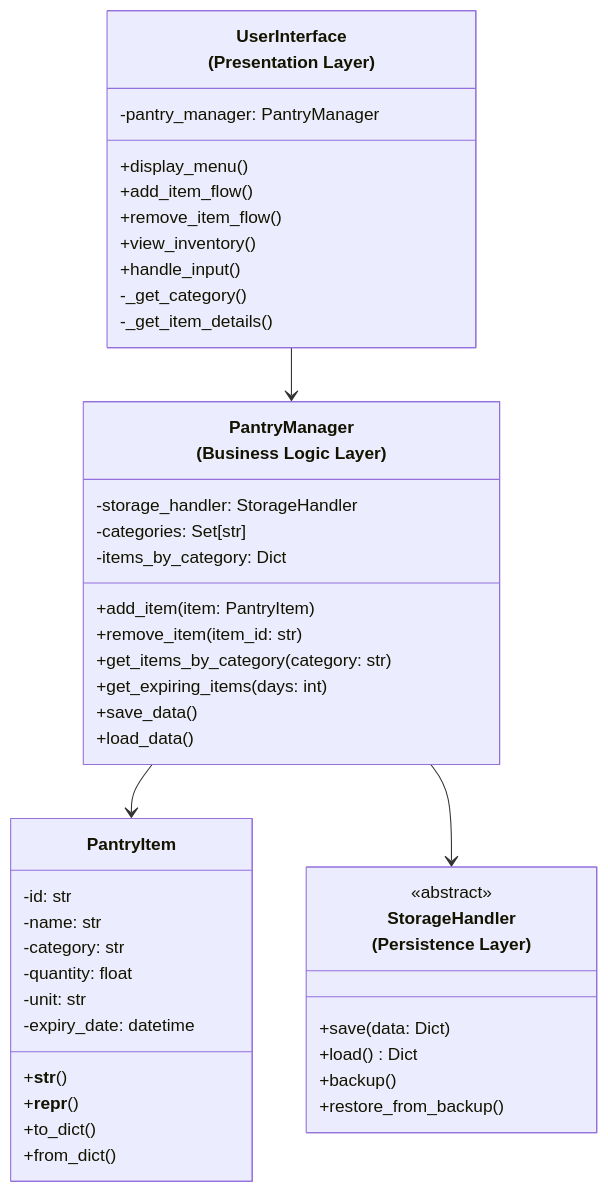
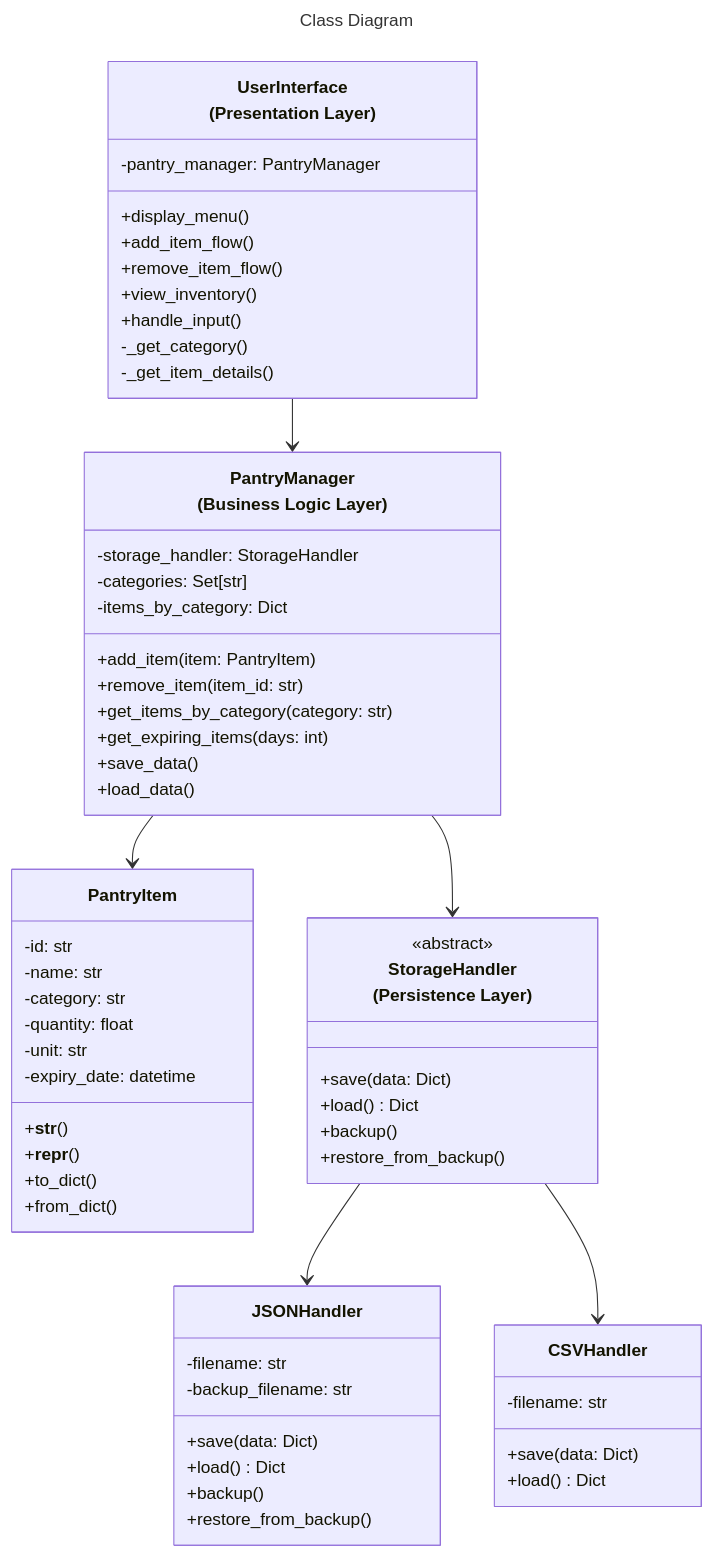
One commit to ostafford/cwd_playground changed the diagram in cwd_3c/class_Diagram.md. Above: the diagram before and after it, drawn with Mermaid. The commit also changed other lines of this file, not shown here.

Commit message:
Updated formatting on class_diagram file Readability

````diff
--- a/cwd_3c/class_Diagram.md
+++ b/cwd_3c/class_Diagram.md
@@ -1,56 +3,75 @@
 ```mermaid
+---
+title: Class Diagram
+--- 
+
 classDiagram
     class PL ["UserInterface
     (Presentation Layer)"] {
         -pantry_manager: PantryManager
         +display_menu()
         +add_item_flow()
         +remove_item_flow()
         +view_inventory()
         +handle_input()
         -_get_category()
         -_get_item_details()
     }
 
     class BLL ["PantryManager
     (Business Logic Layer)"] {
         -storage_handler: StorageHandler
         -categories: Set[str]
         -items_by_category: Dict
         +add_item(item: PantryItem)
         +remove_item(item_id: str)
         +get_items_by_category(category: str)
         +get_expiring_items(days: int)
         +save_data()
         +load_data()
     }
 
     class PI ["PantryItem"] {
         -id: str
         -name: str
         -category: str
         -quantity: float
         -unit: str
         -expiry_date: datetime
         +__str__()
         +__repr__()
         +to_dict()
         +from_dict()
     }
 
     class PSTL ["StorageHandler
     (Persistence Layer)"] {
         <<abstract>>
         +save(data: Dict)
         +load() Dict
         +backup()
         +restore_from_backup()
     }
 
+    class JSON ["JSONHandler"] {
+        -filename: str
+        -backup_filename: str
+        +save(data: Dict)
+        +load() Dict
+        +backup()
+        +restore_from_backup()
+    }
 
-
+    class CSV ["CSVHandler"] {
+        -filename: str
+        +save(data: Dict)
+        +load() Dict
+    }
 
 PL --> BLL
 BLL --> PI
 BLL --> PSTL
+PSTL --> JSON
+PSTL --> CSV
+
 ```
````
